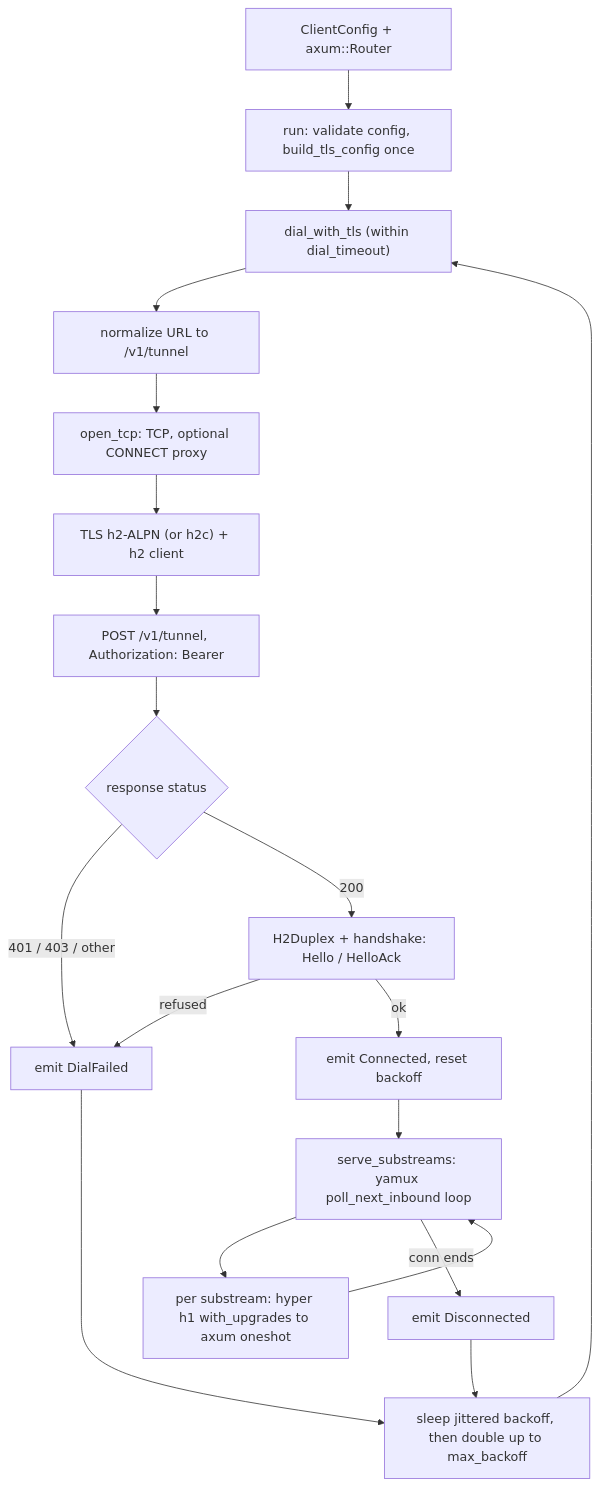
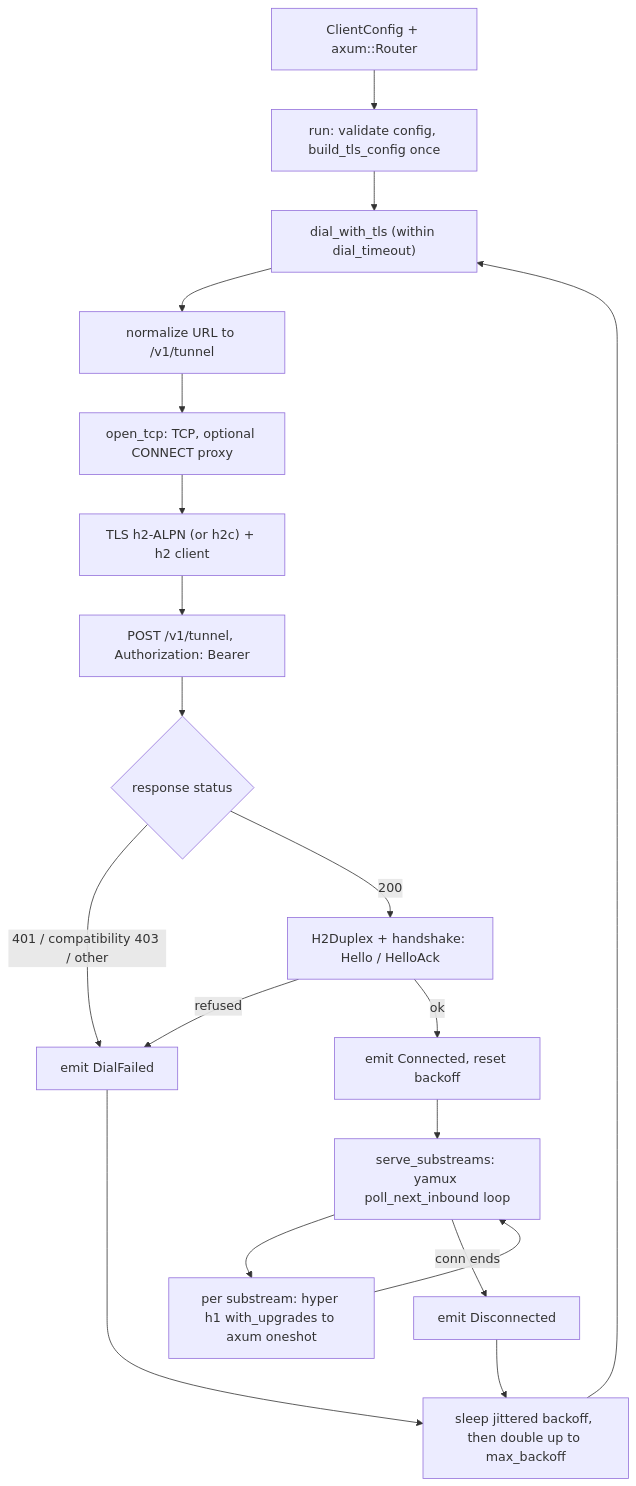
The diagram in crates/chan-tunnel-client/design.md (fiorix/chan), drawn with Mermaid before and after one commit. The commit also changed other lines of this file and 11 other files, not shown here.

````diff
--- a/crates/chan-tunnel-client/design.md
+++ b/crates/chan-tunnel-client/design.md
@@ -34,21 +34,21 @@
 ```mermaid
 flowchart TD
     Cfg["ClientConfig + axum::Router"] --> Run["run: validate config, build_tls_config once"]
     Run --> Dial["dial_with_tls (within dial_timeout)"]
     Dial --> Norm["normalize URL to /v1/tunnel"]
     Norm --> Tcp["open_tcp: TCP, optional CONNECT proxy"]
     Tcp --> Conn["TLS h2-ALPN (or h2c) + h2 client"]
     Conn --> Post["POST /v1/tunnel, Authorization: Bearer"]
     Post --> Status{"response status"}
-    Status -->|"401 / 403 / other"| Failed["emit DialFailed"]
+    Status -->|"401 / compatibility 403 / other"| Failed["emit DialFailed"]
     Status -->|200| Hs["H2Duplex + handshake: Hello / HelloAck"]
     Hs -->|refused| Failed
     Hs -->|ok| Reg["emit Connected, reset backoff"]
     Reg --> Serve["serve_substreams: yamux poll_next_inbound loop"]
     Serve --> Sub["per substream: hyper h1 with_upgrades to axum oneshot"]
     Sub --> Serve
     Serve -->|"conn ends"| Disc["emit Disconnected"]
     Failed --> Sleep["sleep jittered backoff, then double up to max_backoff"]
     Disc --> Sleep
     Sleep --> Dial
 ```
````
